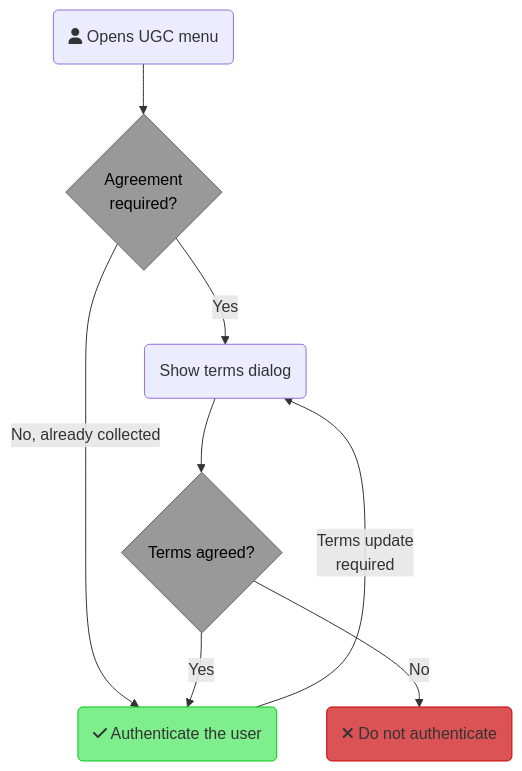
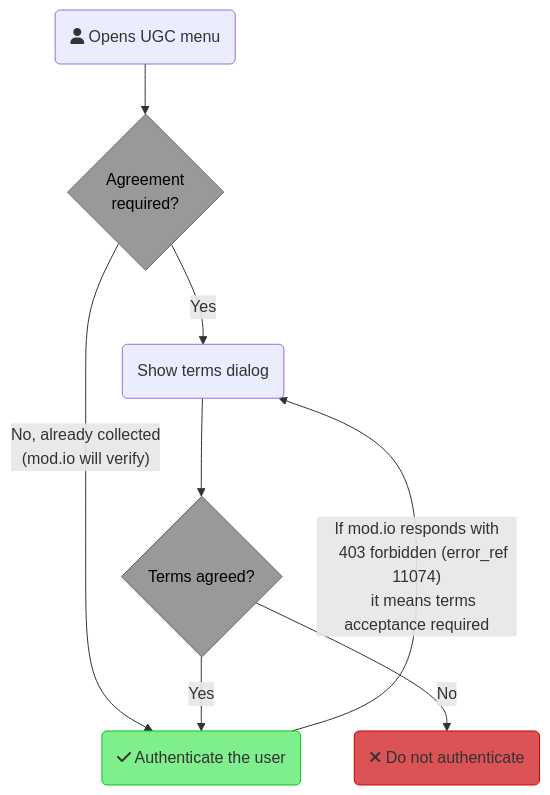
One commit to modio/modio-docs changed the diagram in public/en-us/modio/terms-user-consent.md. Above: the diagram before and after it, drawn with Mermaid. The commit also changed other lines of this file and 2 other files, not shown here.

Commit message:
docs: updating public docs from modio-docs-internal repo

````diff
--- a/public/en-us/modio/terms-user-consent.md
+++ b/public/en-us/modio/terms-user-consent.md
@@ -44,16 +44,18 @@
 ```mermaid
 flowchart TD
     A(fa:fa-user Opens UGC menu) --> B{Agreement
     required?}
     B -->|Yes| C(Show terms dialog)
-    B -->|No, already collected| E
+    B -->|"No, already collected
+    (mod.io will verify)"| E
     C --> D{Terms agreed?}
     D -->|Yes| E(fa:fa-check Authenticate the user)
     D -->|No| F(fa:fa-xmark Do not authenticate)
-    E -->|Terms update
-    required| C
+    E -->|"If mod.io responds with
+    403 forbidden (error_ref 11074)
+    it means terms acceptance required"| C
     style B fill:#999,stroke:#666,color:#000
     style D fill:#999,stroke:#666,color:#000
     style E fill:#7EEF8C,stroke:#00c717
     style F fill:#DB5355,stroke:#c00
 ```
````
